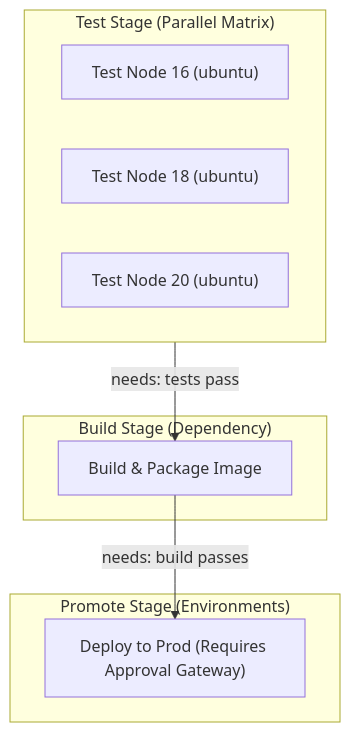
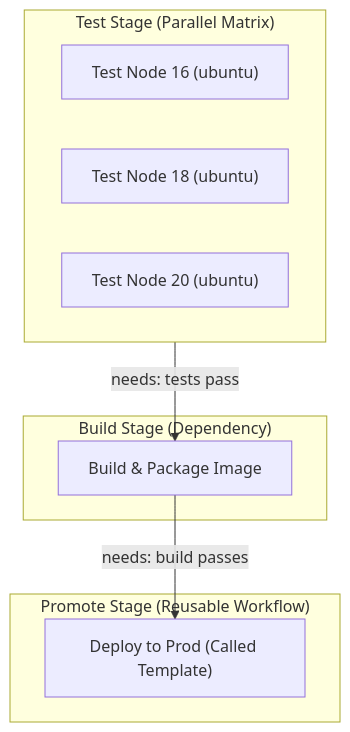
The first of 2 diagrams in Reference Notes/9-2_github_actions_advanced_execution.md (kmashour/BrainDump), drawn with Mermaid before and after one commit. The commit also changed other lines of this file, not shown here.

````diff
--- a/Reference Notes/9-2_github_actions_advanced_execution.md
+++ b/Reference Notes/9-2_github_actions_advanced_execution.md
@@ -11,19 +11,19 @@
 ```mermaid
 graph TD
     subgraph TestStage["Test Stage (Parallel Matrix)"]
         TestNode16["Test Node 16 (ubuntu)"]
         TestNode18["Test Node 18 (ubuntu)"]
         TestNode20["Test Node 20 (ubuntu)"]
     end
 
     subgraph BuildStage["Build Stage (Dependency)"]
         BuildJob["Build & Package Image"]
     end
 
-    subgraph PromoteStage["Promote Stage (Environments)"]
-        DeployProd["Deploy to Prod (Requires Approval Gateway)"]
+    subgraph PromoteStage["Promote Stage (Reusable Workflow)"]
+        DeployProd["Deploy to Prod (Called Template)"]
     end
 
     TestStage -->|needs: tests pass| BuildJob
     BuildJob -->|needs: build passes| DeployProd
 ```
````
